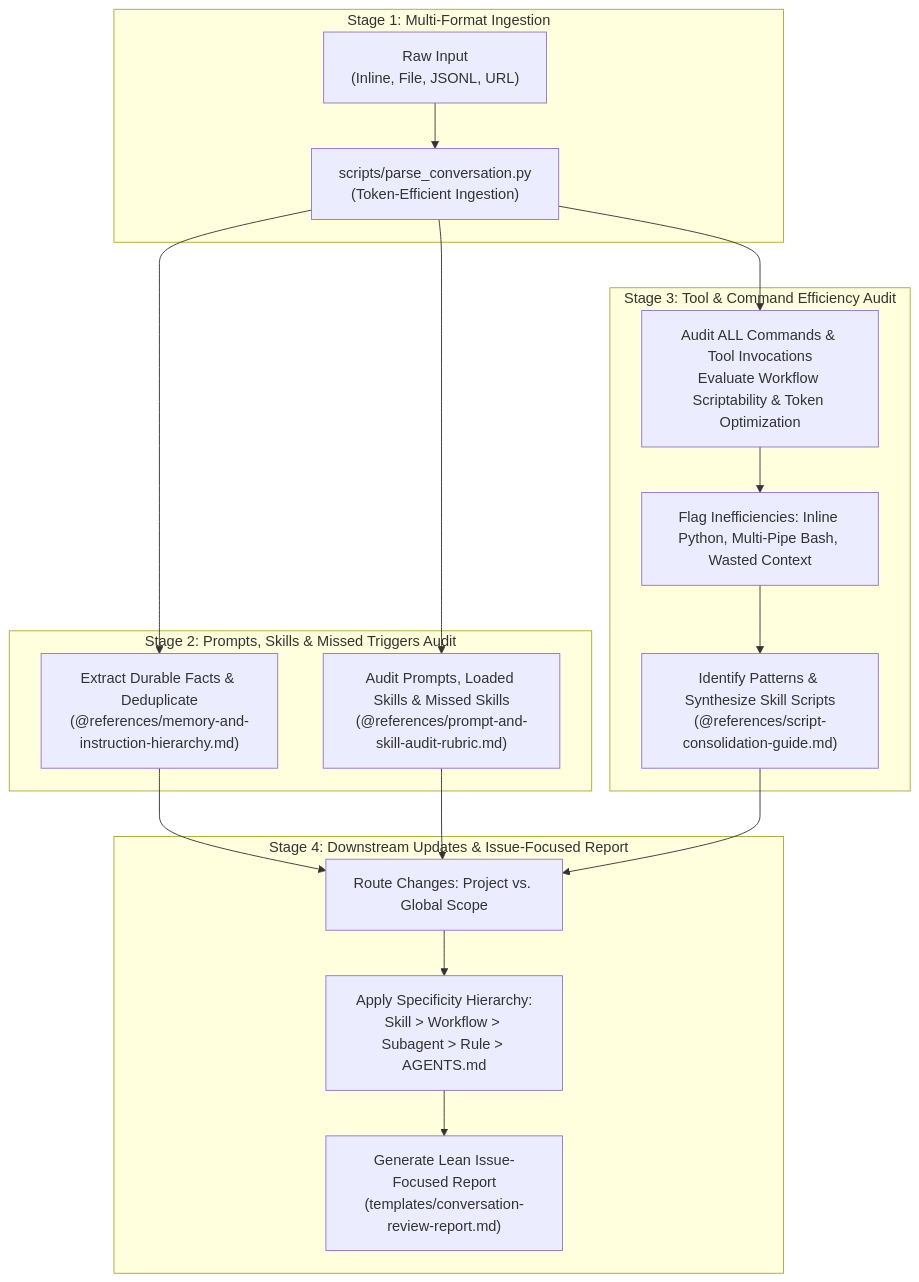
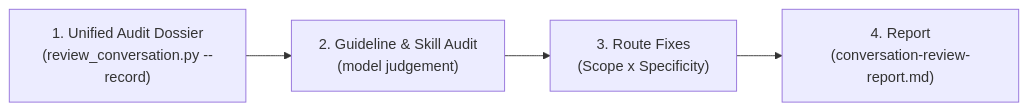
One commit to warpcode/dotfiles changed the diagram in .github/skills/ai-conversation-review/SKILL.md. Above: the diagram before and after it, drawn with Mermaid. The commit also changed other lines of this file and 5 other files, not shown here.

Commit message:
Improve ai conversation review skill to perform diagnostics in python first to reduce token usages

````diff
--- a/.github/skills/ai-conversation-review/SKILL.md
+++ b/.github/skills/ai-conversation-review/SKILL.md
@@ -31,25 +23,6 @@
 ```mermaid
-flowchart TD
-    subgraph Ingestion["Stage 1: Multi-Format Ingestion"]
-        A["Raw Input<br/>(Inline, File, JSONL, URL)"] --> B["scripts/parse_conversation.py<br/>(Token-Efficient Ingestion)"]
-    end
-
-    subgraph Audit["Stage 2: Prompts, Skills & Missed Triggers Audit"]
-        B --> C["Extract Durable Facts & Deduplicate<br/>(@references/memory-and-instruction-hierarchy.md)"]
-        B --> D["Audit Prompts, Loaded Skills & Missed Skills<br/>(@references/prompt-and-skill-audit-rubric.md)"]
-    end
-
-    subgraph Commands["Stage 3: Tool & Command Efficiency Audit"]
-        B --> E["Audit ALL Commands & Tool Invocations<br/>Evaluate Workflow Scriptability & Token Optimization"]
-        E --> F["Flag Inefficiencies: Inline Python, Multi-Pipe Bash, Wasted Context"]
-        F --> G["Identify Patterns & Synthesize Skill Scripts<br/>(@references/script-consolidation-guide.md)"]
-    end
-
-    subgraph Routing["Stage 4: Downstream Updates & Issue-Focused Report"]
-        C --> H["Route Changes: Project vs. Global Scope"]
-        D --> H
-        G --> H
-        H --> I["Apply Specificity Hierarchy:<br/>Skill > Workflow > Subagent > Rule > AGENTS.md"]
-        I --> Out["Generate Lean Issue-Focused Report<br/>(templates/conversation-review-report.md)"]
-    end
+flowchart LR
+  A["1. Unified Audit Dossier<br/>(review_conversation.py --record)"] --> B["2. Guideline & Skill Audit<br/>(model judgement)"]
+  B --> C["3. Route Fixes<br/>(Scope x Specificity)"]
+  C --> D["4. Report<br/>(conversation-review-report.md)"]
 ```
````
